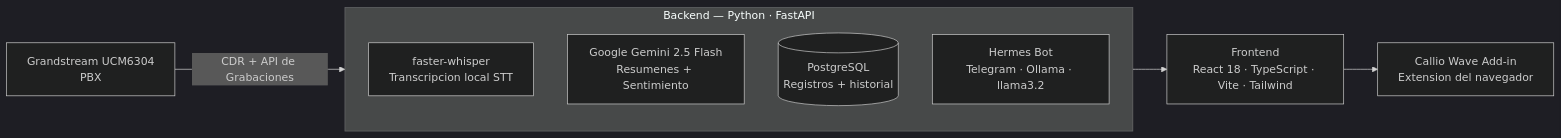
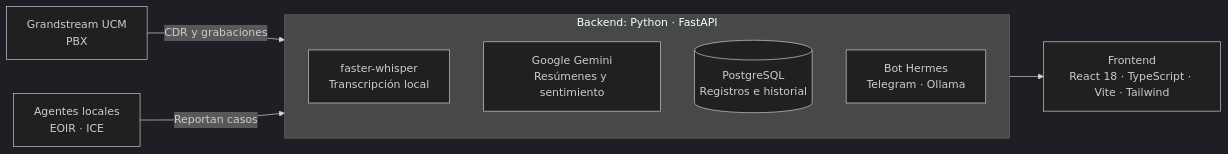
Before and after one commit to deadlyrat/migra-crm-showcase: the diagram in README.md, drawn with Mermaid (dark theme). The commit also changed other lines of this file, not shown here.

Commit message:
docs: reescribir README del showcase

````diff
--- a/README.md
+++ b/README.md
@@ -38,14 +102,14 @@
 ```mermaid
 graph LR
-    PBX["Grandstream UCM6304\nPBX"] -->|CDR + API de Grabaciones| BE
+    PBX["Grandstream UCM<br/>PBX"] -->|"CDR y grabaciones"| BE
 
-    subgraph BE ["Backend — Python · FastAPI"]
-        W["faster-whisper\nTranscripcion local STT"]
-        G["Google Gemini 2.5 Flash\nResumenes + Sentimiento"]
-        DB[("PostgreSQL\nRegistros + historial")]
-        BOT["Hermes Bot\nTelegram · Ollama · llama3.2"]
+    subgraph BE ["Backend: Python · FastAPI"]
+        W["faster-whisper<br/>Transcripción local"]
+        G["Google Gemini<br/>Resúmenes y sentimiento"]
+        DB[("PostgreSQL<br/>Registros e historial")]
+        BOT["Bot Hermes<br/>Telegram · Ollama"]
     end
 
-    BE --> FE["Frontend\nReact 18 · TypeScript · Vite · Tailwind"]
-    FE --> EXT["Callio Wave Add-in\nExtension del navegador"]
+    AG["Agentes locales<br/>EOIR · ICE"] -->|"Reportan casos"| BE
+    BE --> FE["Frontend<br/>React 18 · TypeScript · Vite · Tailwind"]
 ```
````
